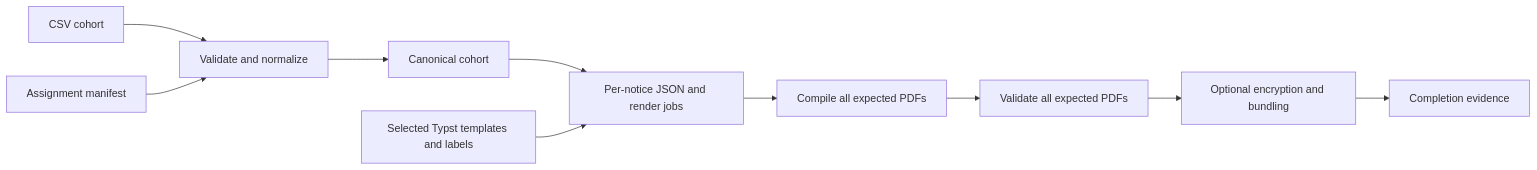
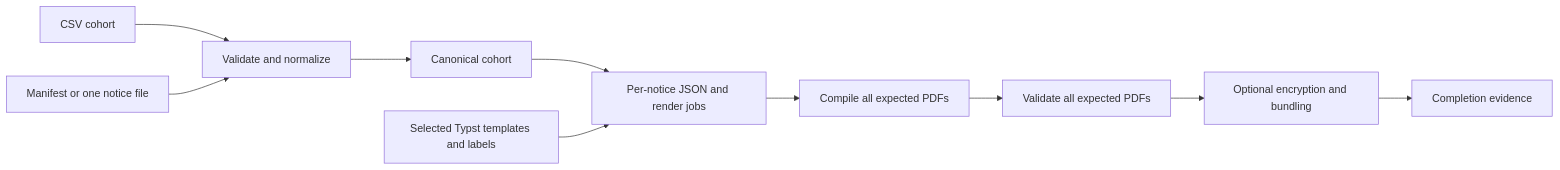
Before and after one commit to WDGPH/ImmuKnow: the diagram in docs/reference/architecture.md, drawn with Mermaid. The commit also changed other lines of this file and 8 other files, not shown here.

First line of the commit message:
docs: explain manifest and single-template notice selection

````diff
--- a/docs/reference/architecture.md
+++ b/docs/reference/architecture.md
@@ -9,12 +9,12 @@
 ```mermaid
 flowchart LR
     A[CSV cohort] --> B[Validate and normalize]
-    M[Assignment manifest] --> B
+    M[Manifest or one notice file] --> B
     B --> C[Canonical cohort]
     C --> D[Per-notice JSON and render jobs]
     T[Selected Typst templates and labels] --> D
     D --> E[Compile all expected PDFs]
     E --> F[Validate all expected PDFs]
     F --> G[Optional encryption and bundling]
     G --> H[Completion evidence]
 ```
````
